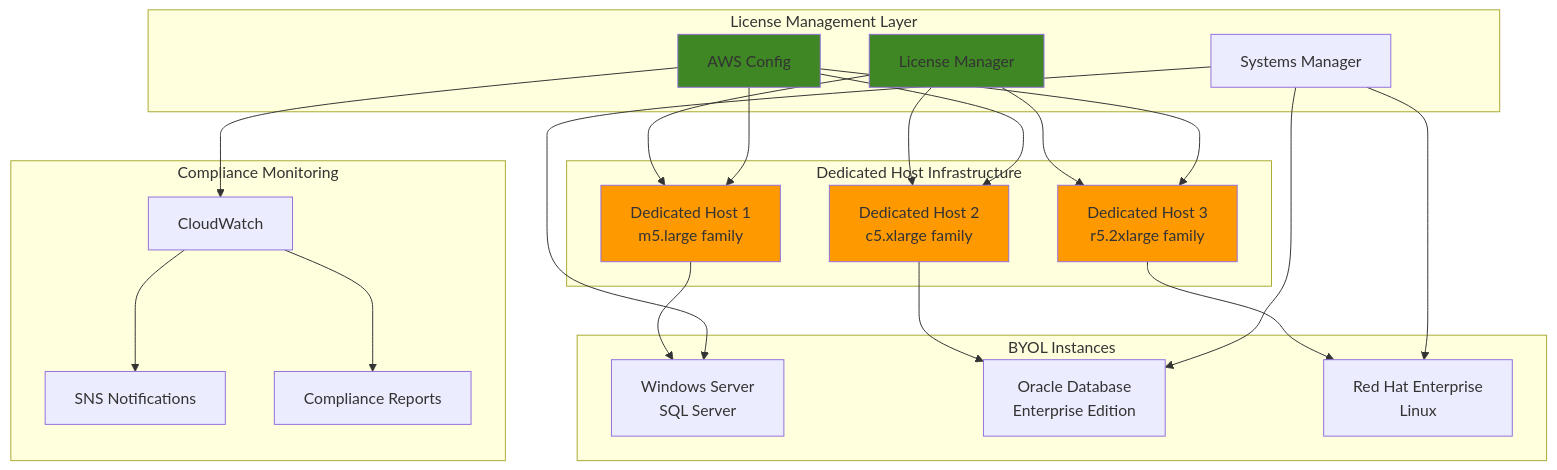
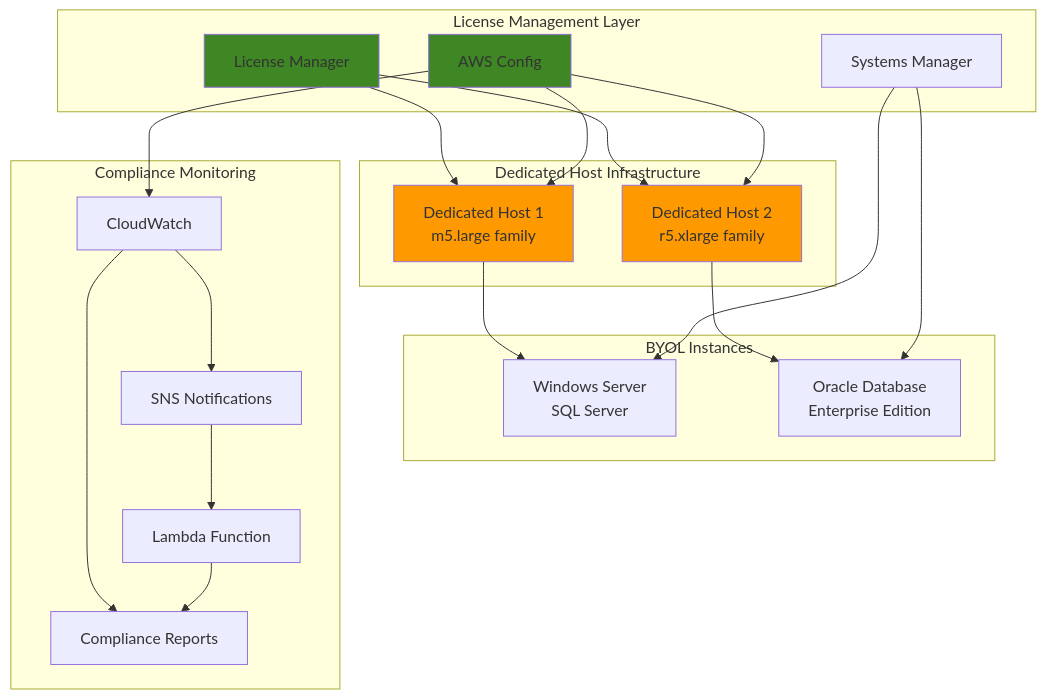
Before and after one commit to mzazon/awesome-cloud-projects: the diagram in aws/dedicated-hosts-license-compliance/dedicated-hosts-license-compliance.md, drawn with Mermaid. The commit also changed other lines of this file and 5581 other files, not shown here.

````diff
--- a/aws/dedicated-hosts-license-compliance/dedicated-hosts-license-compliance.md
+++ b/aws/dedicated-hosts-license-compliance/dedicated-hosts-license-compliance.md
@@ -30,52 +30,48 @@
 ```mermaid
 graph TB
     subgraph "License Management Layer"
         LM[License Manager]
         CONFIG[AWS Config]
         SSM[Systems Manager]
     end
     
     subgraph "Dedicated Host Infrastructure"
         DH1[Dedicated Host 1<br/>m5.large family]
-        DH2[Dedicated Host 2<br/>c5.xlarge family]
-        DH3[Dedicated Host 3<br/>r5.2xlarge family]
+        DH2[Dedicated Host 2<br/>r5.xlarge family]
     end
     
     subgraph "BYOL Instances"
         INST1[Windows Server<br/>SQL Server]
         INST2[Oracle Database<br/>Enterprise Edition]
-        INST3[Red Hat Enterprise<br/>Linux]
     end
     
     subgraph "Compliance Monitoring"
         CW[CloudWatch]
         SNS[SNS Notifications]
         REPORTS[Compliance Reports]
+        LAMBDA[Lambda Function]
     end
     
     LM --> DH1
     LM --> DH2
-    LM --> DH3
     
     DH1 --> INST1
     DH2 --> INST2
-    DH3 --> INST3
     
     CONFIG --> DH1
     CONFIG --> DH2
-    CONFIG --> DH3
     
     SSM --> INST1
     SSM --> INST2
-    SSM --> INST3
     
     CONFIG --> CW
     CW --> SNS
     CW --> REPORTS
+    LAMBDA --> REPORTS
+    SNS --> LAMBDA
     
     style DH1 fill:#FF9900
     style DH2 fill:#FF9900
-    style DH3 fill:#FF9900
     style LM fill:#3F8624
     style CONFIG fill:#3F8624
 ```
````
